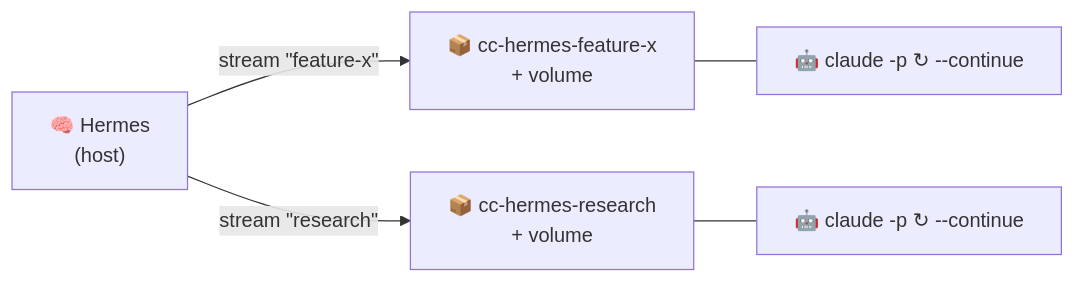
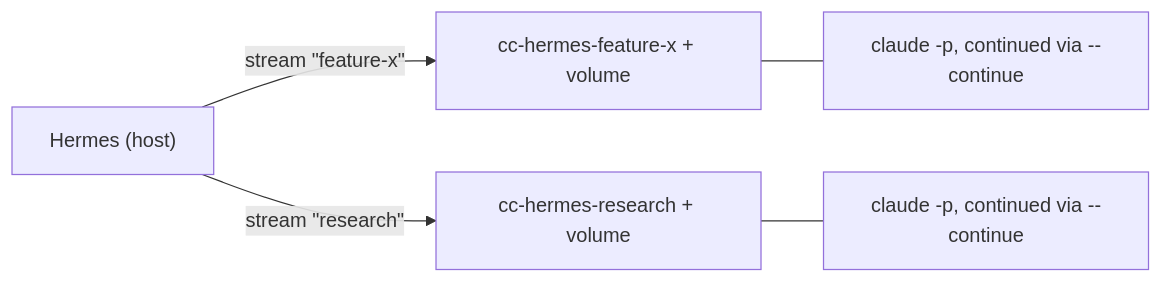
One commit to amanasmuei/hermes-claude-code-delegate changed the second of 2 diagrams in README.md. Above: the diagram before and after it, drawn with Mermaid. The commit also changed other lines of this file and 1 other file, not shown here.

````diff
--- a/README.md
+++ b/README.md
@@ -79,8 +76,8 @@
 ```mermaid
 flowchart LR
-    H["🧠 Hermes<br/>(host)"]
-    H -->|stream &quot;feature-x&quot;| A["📦 cc-hermes-feature-x<br/>+ volume"]
-    H -->|stream &quot;research&quot;| B["📦 cc-hermes-research<br/>+ volume"]
-    A --- A2["🤖 claude -p ↻ --continue"]
-    B --- B2["🤖 claude -p ↻ --continue"]
+    H["Hermes (host)"]
+    H -->|stream &quot;feature-x&quot;| A["cc-hermes-feature-x + volume"]
+    H -->|stream &quot;research&quot;| B["cc-hermes-research + volume"]
+    A --- A2["claude -p, continued via --continue"]
+    B --- B2["claude -p, continued via --continue"]
 ```
````
